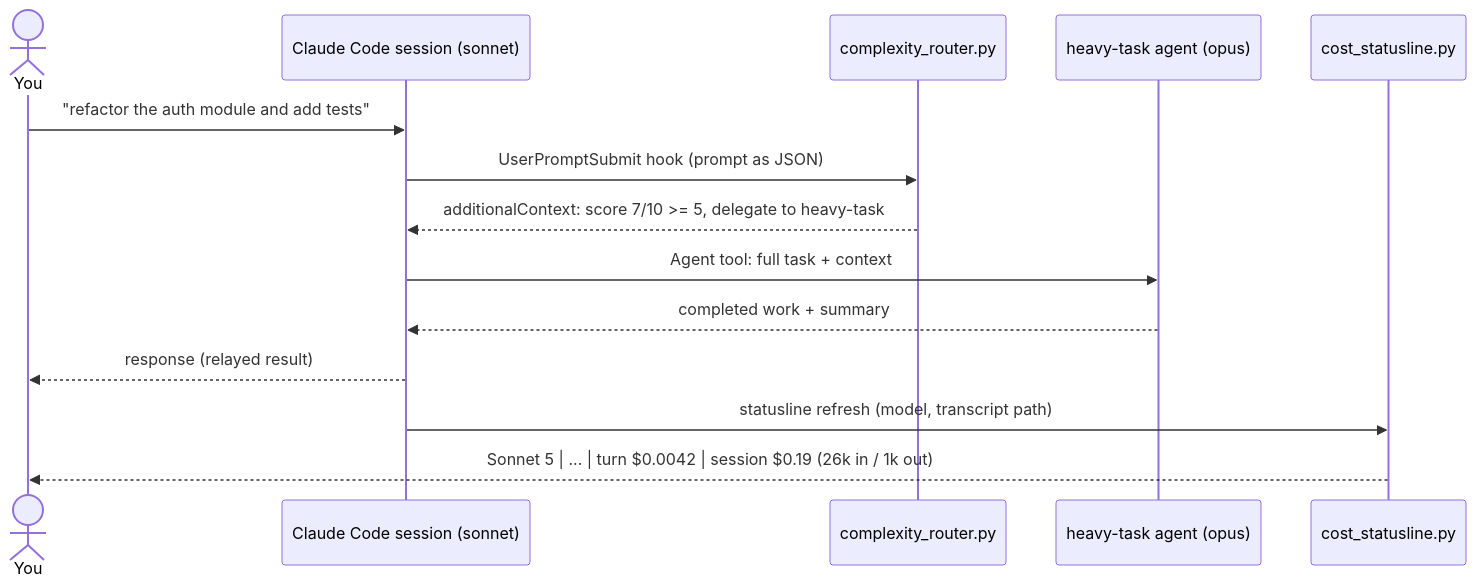
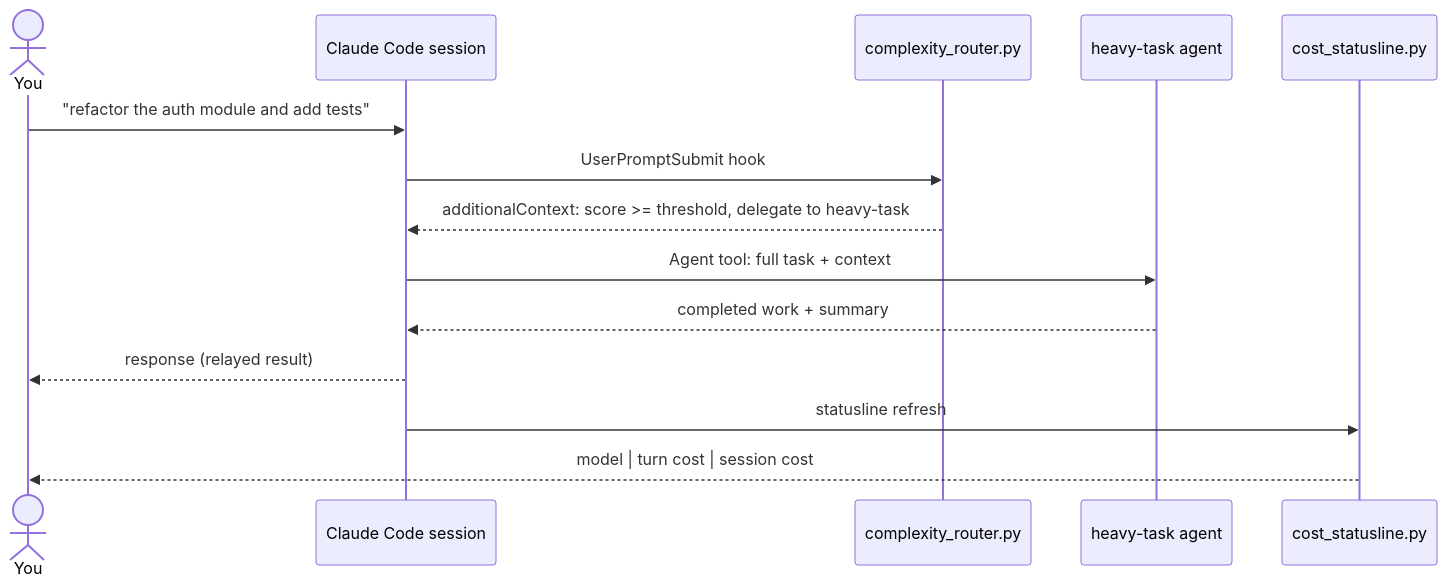
One commit to jig21nesh/model-switcher changed the second of 2 diagrams in README.md. Above: the diagram before and after it, drawn with Mermaid. The commit also changed other lines of this file and 1 other file, not shown here.

````diff
--- a/README.md
+++ b/README.md
@@ -57,17 +238,17 @@
 ```mermaid
 sequenceDiagram
     actor U as You
-    participant CC as Claude Code session (sonnet)
+    participant CC as Claude Code session
     participant H as complexity_router.py
-    participant A as heavy-task agent (opus)
+    participant A as heavy-task agent
     participant SL as cost_statusline.py
 
     U->>CC: "refactor the auth module and add tests"
-    CC->>H: UserPromptSubmit hook (prompt as JSON)
-    H-->>CC: additionalContext: score 7/10 >= 5, delegate to heavy-task
+    CC->>H: UserPromptSubmit hook
+    H-->>CC: additionalContext: score >= threshold, delegate to heavy-task
     CC->>A: Agent tool: full task + context
     A-->>CC: completed work + summary
     CC-->>U: response (relayed result)
-    CC->>SL: statusline refresh (model, transcript path)
-    SL-->>U: Sonnet 5 | ... | turn $0.0042 | session $0.19 (26k in / 1k out)
+    CC->>SL: statusline refresh
+    SL-->>U: model | turn cost | session cost
 ```
````
